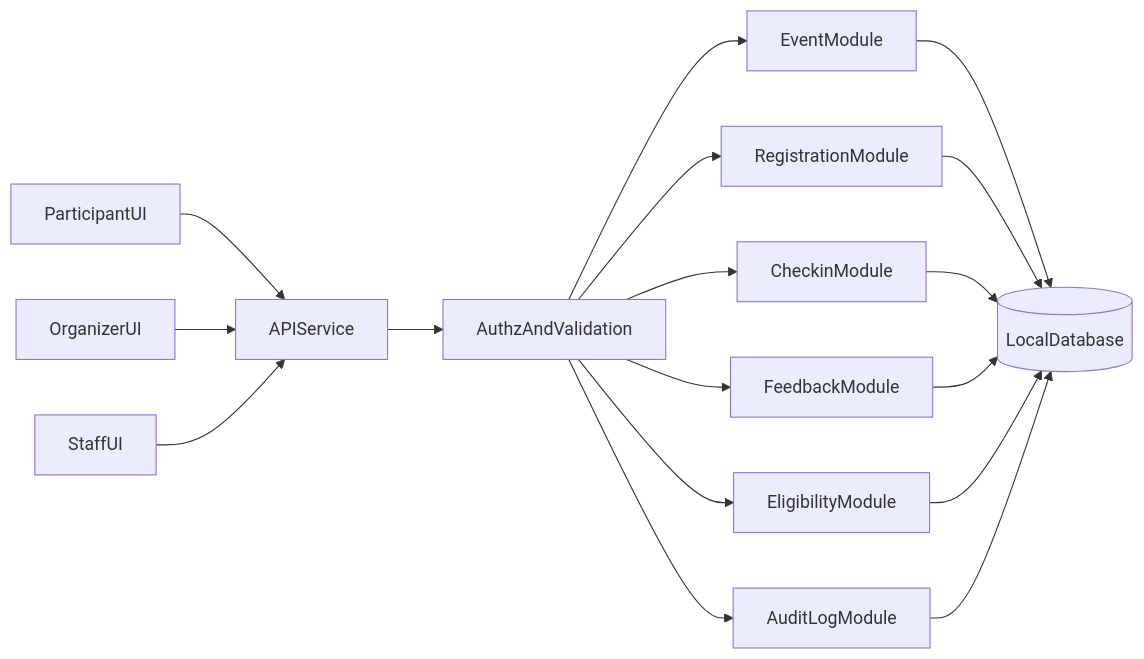
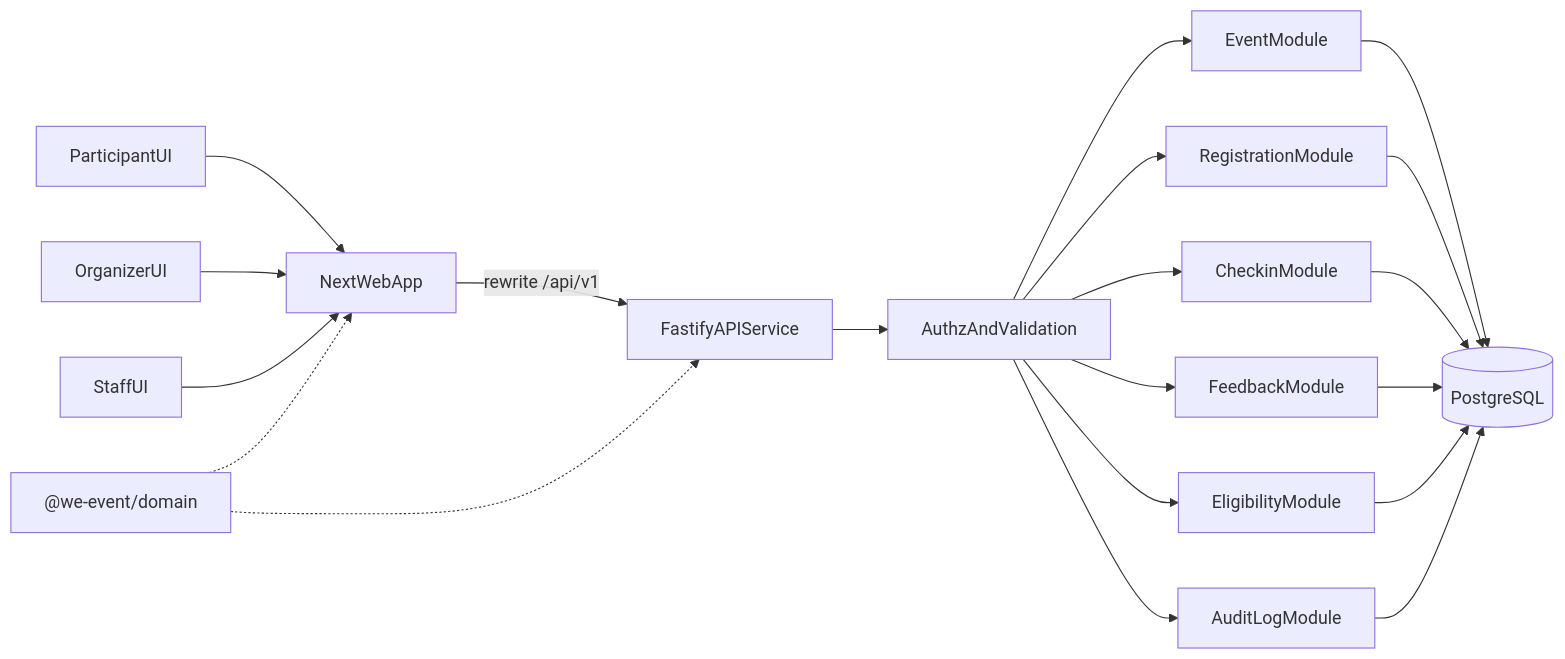
Before and after one commit to trannamtrung1st/ai-engineering-learning: the diagram in projects/ai-harnessed_we-event-app/docs/technical/00-system-overview.md, drawn with Mermaid. The commit also changed other lines of this file and 10 other files, not shown here.

````diff
--- a/projects/ai-harnessed_we-event-app/docs/technical/00-system-overview.md
+++ b/projects/ai-harnessed_we-event-app/docs/technical/00-system-overview.md
@@ -59,19 +60,22 @@
 ```mermaid
 flowchart LR
-    participantUI[ParticipantUI] --> apiService[APIService]
-    organizerUI[OrganizerUI] --> apiService
-    staffUI[StaffUI] --> apiService
-    apiService --> authzValidation[AuthzAndValidation]
+    nextWebApp[NextWebApp] -->|rewrite /api/v1| fastifyAPI[FastifyAPIService]
+    participantUI[ParticipantUI] --> nextWebApp
+    organizerUI[OrganizerUI] --> nextWebApp
+    staffUI[StaffUI] --> nextWebApp
+    fastifyAPI --> authzValidation[AuthzAndValidation]
     authzValidation --> eventModule[EventModule]
     authzValidation --> registrationModule[RegistrationModule]
     authzValidation --> checkinModule[CheckinModule]
     authzValidation --> feedbackModule[FeedbackModule]
     authzValidation --> eligibilityModule[EligibilityModule]
     authzValidation --> auditModule[AuditLogModule]
-    eventModule --> localDb[(LocalDatabase)]
-    registrationModule --> localDb
-    checkinModule --> localDb
-    feedbackModule --> localDb
-    eligibilityModule --> localDb
-    auditModule --> localDb
+    eventModule --> postgres[(PostgreSQL)]
+    registrationModule --> postgres
+    checkinModule --> postgres
+    feedbackModule --> postgres
+    eligibilityModule --> postgres
+    auditModule --> postgres
+    sharedDomain["@we-event/domain"] -.-> fastifyAPI
+    sharedDomain -.-> nextWebApp
 ```
````
